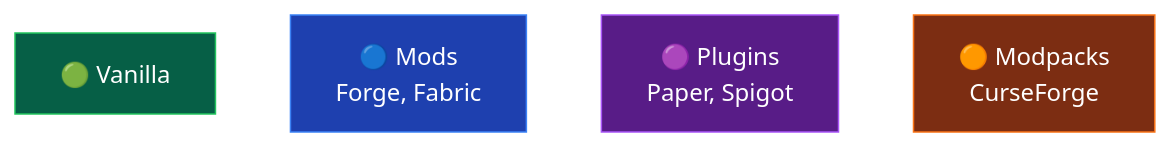
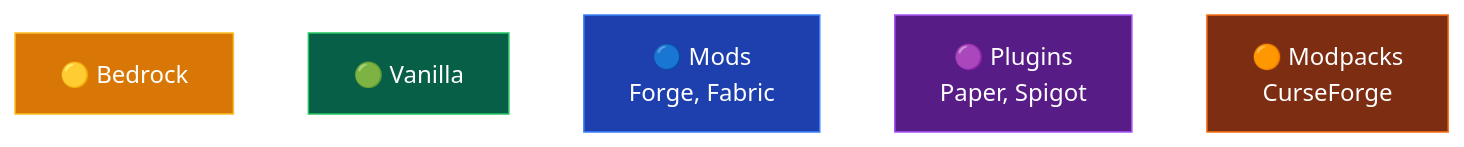
One commit to Ketbome/minepanel changed the second of 2 diagrams in doc/server-types.md. Above: the diagram before and after it, drawn with Mermaid (base theme). The commit also changed other lines of this file and 15 other files, not shown here.

````diff
--- a/doc/server-types.md
+++ b/doc/server-types.md
@@ -251,11 +340,13 @@
 ```mermaid
 flowchart LR
-    V["🟢 Vanilla"] ~~~ M["🔵 Mods<br/>Forge, Fabric"]
+    B["🟡 Bedrock"] ~~~ V["🟢 Vanilla"]
+    V ~~~ M["🔵 Mods<br/>Forge, Fabric"]
     M ~~~ P["🟣 Plugins<br/>Paper, Spigot"]
     P ~~~ MP["🟠 Modpacks<br/>CurseForge"]
 
+    style B fill:#d97706,stroke:#fbbf24,color:#fff
     style V fill:#065f46,stroke:#22c55e,color:#fff
     style M fill:#1e40af,stroke:#3b82f6,color:#fff
     style P fill:#581c87,stroke:#a855f7,color:#fff
     style MP fill:#7c2d12,stroke:#f97316,color:#fff
 ```
````
